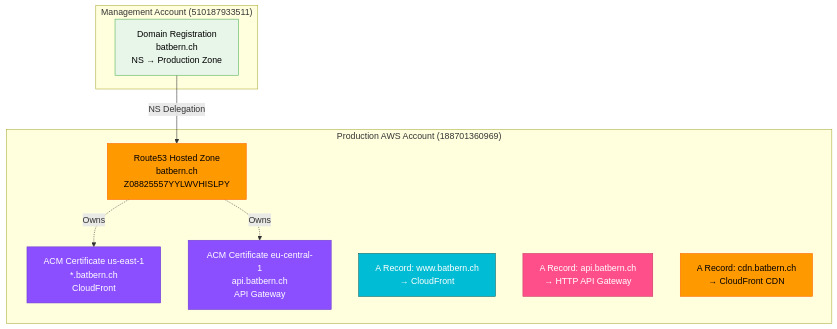
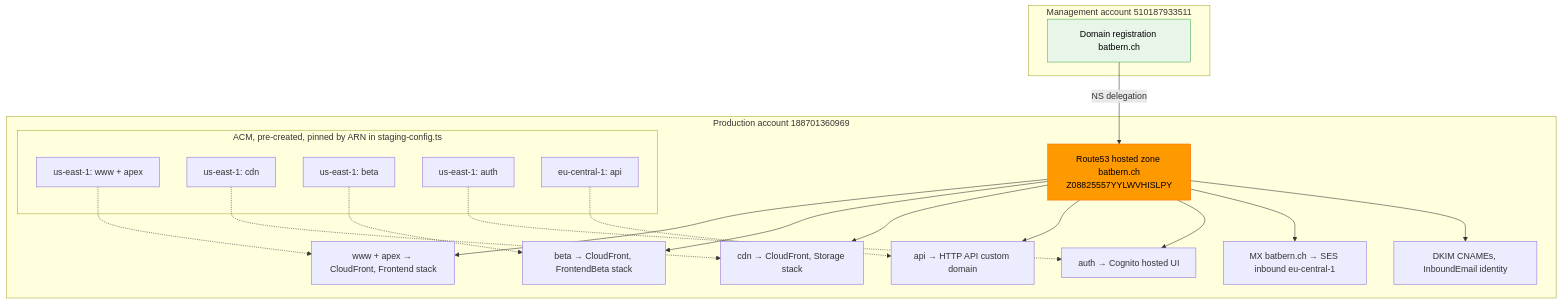
Before and after one commit to nissimbuchs/BATbern2: diagram 19 of 26 in docs/architecture/02-infrastructure-deployment.md, drawn with Mermaid. The commit also changed other lines of this file and 164 other files, not shown here.

First line of the commit message:
docs: documentation audit before BATbern60 (user guide, screenshots, PRD, architecture diagrams) (#1224)

````diff
--- a/docs/architecture/02-infrastructure-deployment.md
+++ b/docs/architecture/02-infrastructure-deployment.md
@@ -1206,29 +1027,37 @@
 ```mermaid
 graph TB
-    subgraph "Production AWS Account (188701360969)"
-        ZONE[Route53 Hosted Zone<br/>batbern.ch<br/>Z08825557YYLWVHISLPY]
-        CERT_US[ACM Certificate us-east-1<br/>*.batbern.ch<br/>CloudFront]
-        CERT_EU[ACM Certificate eu-central-1<br/>api.batbern.ch<br/>API Gateway]
-
-        ZONE -.Owns.-> CERT_US
-        ZONE -.Owns.-> CERT_EU
-
-        DNS_WWW[A Record: www.batbern.ch<br/>→ CloudFront]
-        DNS_API[A Record: api.batbern.ch<br/>→ HTTP API Gateway]
-        DNS_CDN[A Record: cdn.batbern.ch<br/>→ CloudFront CDN]
+    subgraph MGMTA["Management account 510187933511"]
+        REG["Domain registration batbern.ch"]
     end
 
-    subgraph "Management Account (510187933511)"
-        REG[Domain Registration<br/>batbern.ch<br/>NS → Production Zone]
+    subgraph PRODA["Production account 188701360969"]
+        ZONE["Route53 hosted zone batbern.ch<br/>Z08825557YYLWVHISLPY"]
+
+        subgraph CERTS["ACM, pre-created, pinned by ARN in staging-config.ts"]
+            C1["us-east-1: www + apex"]
+            C2["us-east-1: cdn"]
+            C3["us-east-1: beta"]
+            C4["us-east-1: auth"]
+            C5["eu-central-1: api"]
+        end
+
+        WWW["www + apex → CloudFront, Frontend stack"]
+        BETA["beta → CloudFront, FrontendBeta stack"]
+        CDN["cdn → CloudFront, Storage stack"]
+        API["api → HTTP API custom domain"]
+        AUTH["auth → Cognito hosted UI"]
+        MX["MX batbern.ch → SES inbound eu-central-1"]
+        DKIM["DKIM CNAMEs, InboundEmail identity"]
     end
 
-    REG -->|NS Delegation| ZONE
+    REG -->|"NS delegation"| ZONE
+    ZONE --> WWW & BETA & CDN & API & AUTH & MX & DKIM
+    C1 -.-> WWW
+    C3 -.-> BETA
+    C2 -.-> CDN
+    C5 -.-> API
+    C4 -.-> AUTH
 
     style ZONE fill:#FF9900,stroke:#FF6600,color:#000
-    style CERT_US fill:#8C4FFF,stroke:#6B3ACC,color:#fff
-    style CERT_EU fill:#8C4FFF,stroke:#6B3ACC,color:#fff
-    style DNS_WWW fill:#00BCD4,stroke:#006064,color:#fff
-    style DNS_API fill:#FF4F8B,stroke:#C7365F,color:#fff
-    style DNS_CDN fill:#FF9900,stroke:#FF6600,color:#000
     style REG fill:#E8F5E9,stroke:#4CAF50,color:#000
 ```
````
